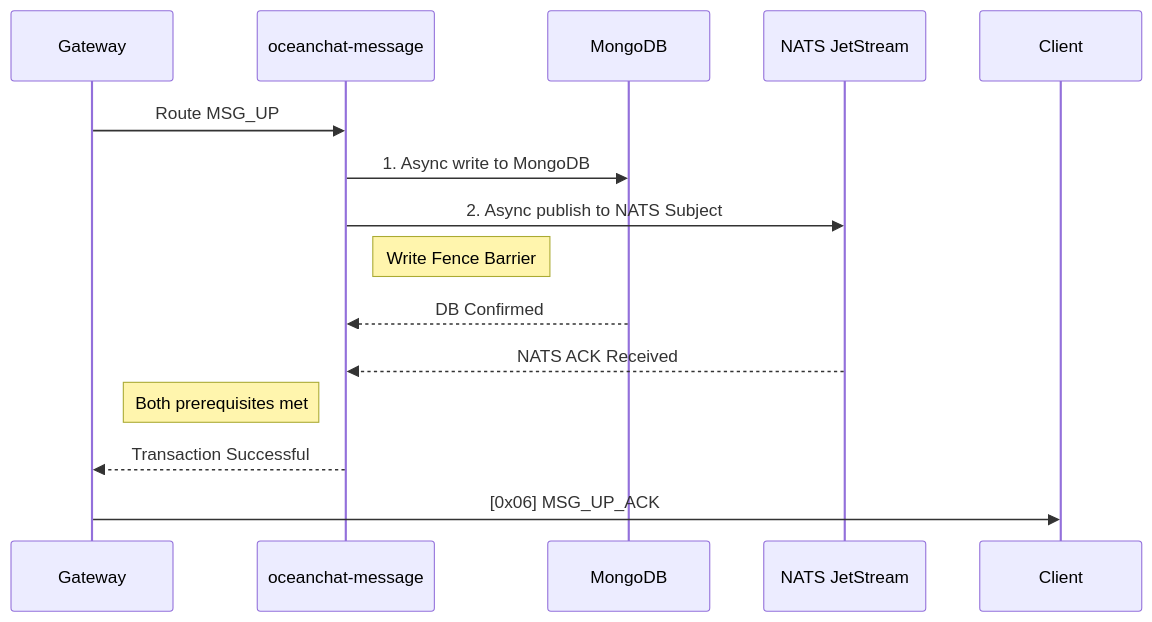
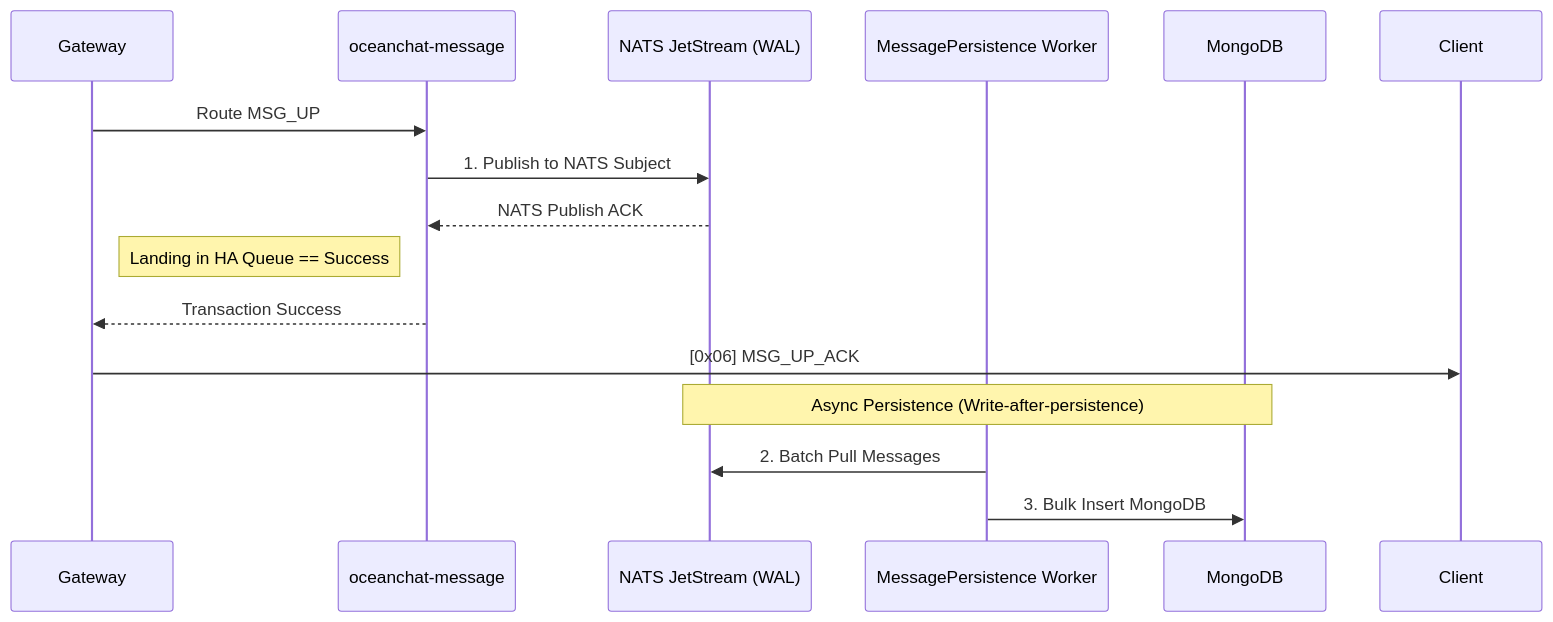
Before and after one commit to JamesWilson19970101/ocean.chat.docs: the fourth of 5 diagrams in docs/devdocs/monkey-protocol-spec.md, drawn with Mermaid. The commit also changed other lines of this file and 16 other files, not shown here.

First line of the commit message:
docs: Refine message delivery, NATS JetStream, and reliability architecture

````diff
--- a/docs/devdocs/monkey-protocol-spec.md
+++ b/docs/devdocs/monkey-protocol-spec.md
@@ -203,19 +205,21 @@
 ```mermaid
 sequenceDiagram
     participant Gateway
     participant Message as oceanchat-message
+    participant NATS as NATS JetStream (WAL)
+    participant Worker as MessagePersistence Worker
     participant DB as MongoDB
-    participant NATS as NATS JetStream
 
     Gateway->>Message: Route MSG_UP
-    Message->>DB: 1. Async write to MongoDB
-    Message->>NATS: 2. Async publish to NATS Subject
+    Message->>NATS: 1. Publish to NATS Subject
 
-    note right of Message: Write Fence Barrier
-    DB-->>Message: DB Confirmed
-    NATS-->>Message: NATS ACK Received
+    NATS-->>Message: NATS Publish ACK
 
-    note left of Message: Both prerequisites met
-    Message-->>Gateway: Transaction Successful
+    note left of Message: Landing in HA Queue == Success
+    Message-->>Gateway: Transaction Success
     Gateway->>Client: [0x06] MSG_UP_ACK
+
+    note over NATS, DB: Async Persistence (Write-after-persistence)
+    Worker->>NATS: 2. Batch Pull Messages
+    Worker->>DB: 3. Bulk Insert MongoDB
 ```
````
